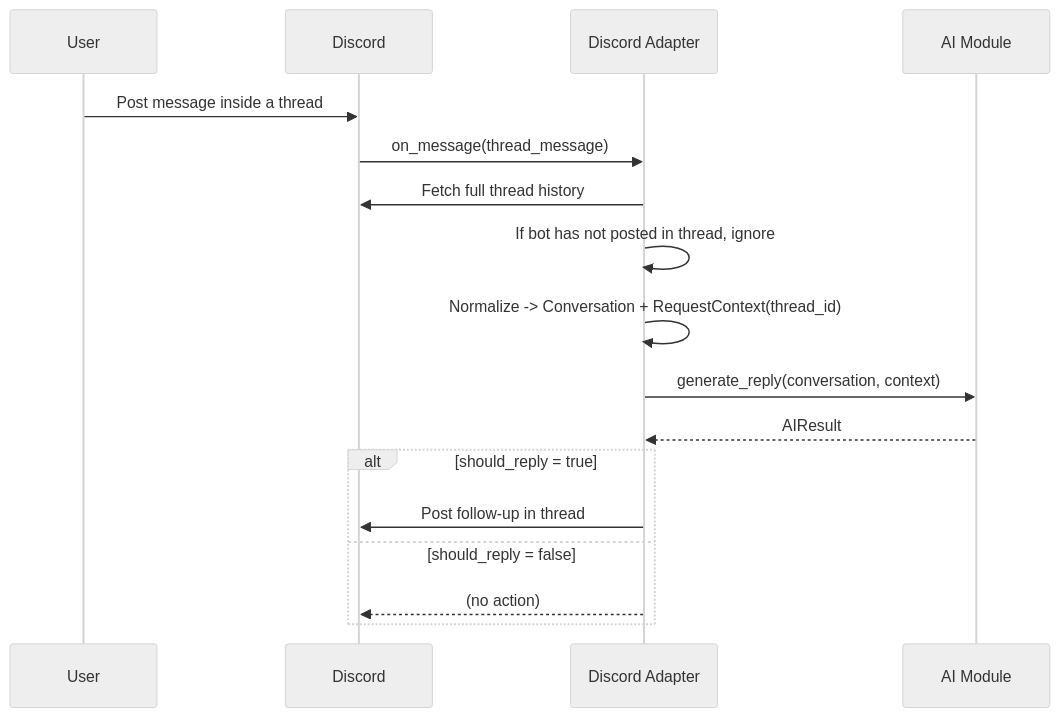
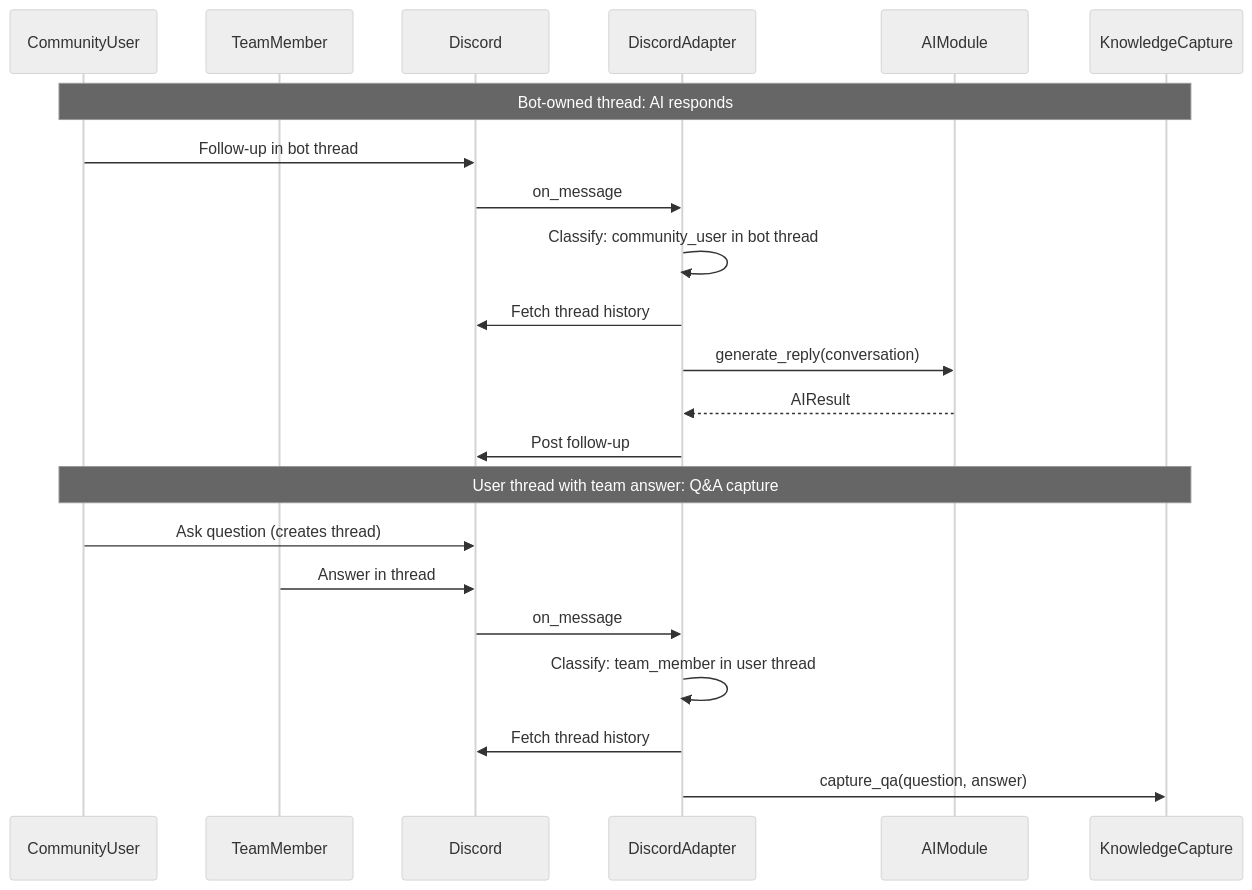
One commit to crynux-network/discord-intern changed the fourth of 4 diagrams in docs/module-bot-integration.md. Above: the diagram before and after it, drawn with Mermaid (neutral theme). The commit also changed other lines of this file and 5 other files, not shown here.

Commit message:
[feature] Team Knowledge Capture design

````diff
--- a/docs/module-bot-integration.md
+++ b/docs/module-bot-integration.md
@@ -187,20 +396,26 @@
 ```mermaid
 sequenceDiagram
-  participant U as User
+  participant U as CommunityUser
+  participant T as TeamMember
   participant D as Discord
-  participant A as Discord Adapter
-  participant AI as AI Module
+  participant A as DiscordAdapter
+  participant AI as AIModule
+  participant KB as KnowledgeCapture
 
-  U->>D: Post message inside a thread
-  D->>A: on_message(thread_message)
-  A->>D: Fetch full thread history
-  A->>A: If bot has not posted in thread, ignore
-  A->>A: Normalize -> Conversation + RequestContext(thread_id)
-  A->>AI: generate_reply(conversation, context)
+  Note over U,KB: Bot-owned thread: AI responds
+  U->>D: Follow-up in bot thread
+  D->>A: on_message
+  A->>A: Classify: community_user in bot thread
+  A->>D: Fetch thread history
+  A->>AI: generate_reply(conversation)
   AI-->>A: AIResult
-  alt should_reply = true
-    A->>D: Post follow-up in thread
-  else should_reply = false
-    A-->>D: (no action)
-  end
+  A->>D: Post follow-up
+
+  Note over U,KB: User thread with team answer: Q&A capture
+  U->>D: Ask question (creates thread)
+  T->>D: Answer in thread
+  D->>A: on_message
+  A->>A: Classify: team_member in user thread
+  A->>D: Fetch thread history
+  A->>KB: capture_qa(question, answer)
 ```
````
